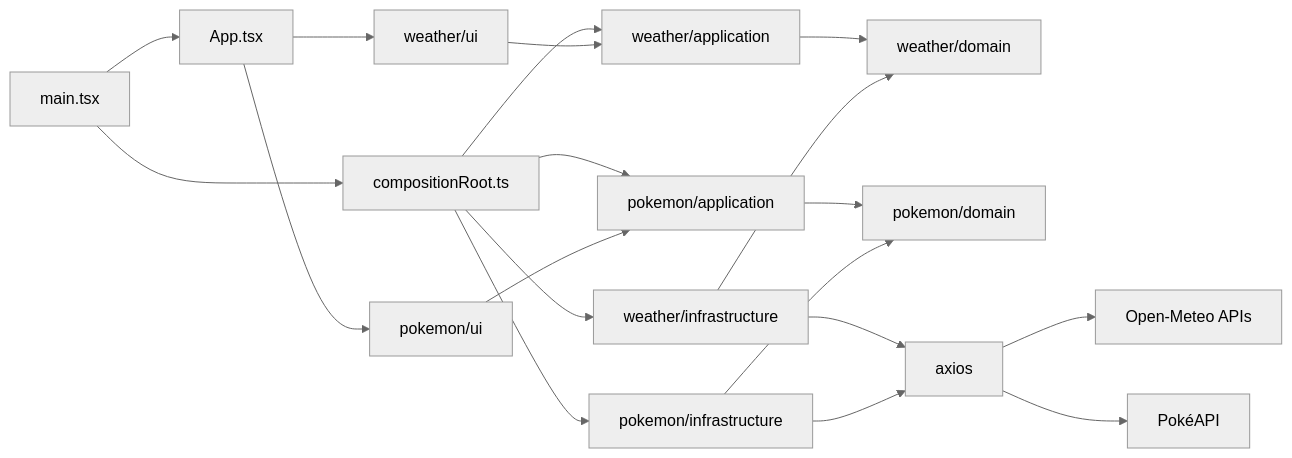
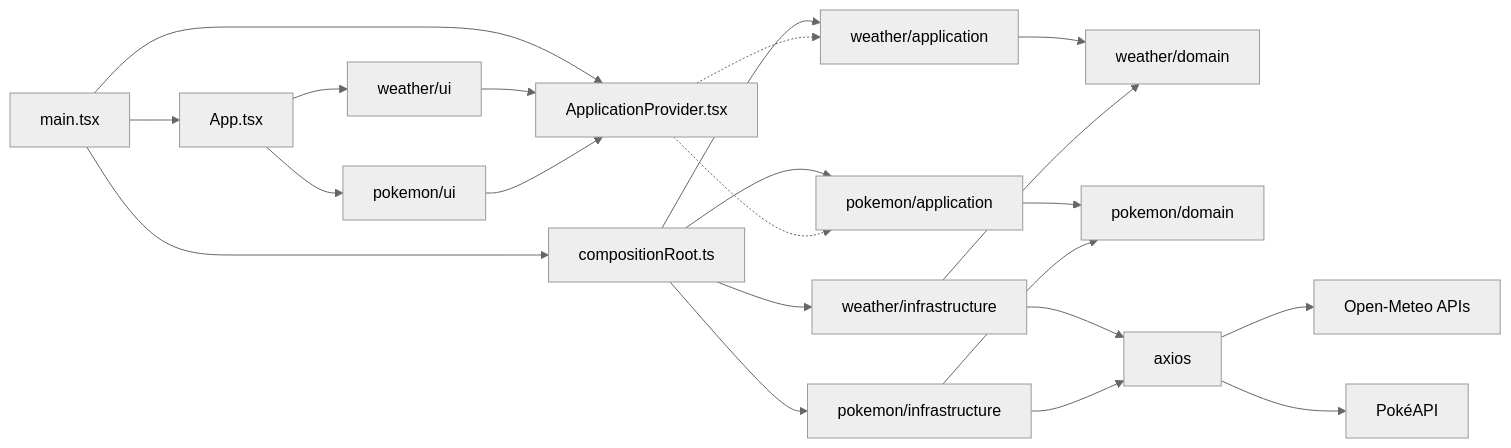
Before and after one commit to Mikode13/slop-lab: the diagram in docs/architecture.md, drawn with Mermaid (neutral theme). The commit also changed other lines of this file and 6 other files, not shown here.

First line of the commit message:
docs: locate ApplicationProvider and restate why ports live in domain

````diff
--- a/docs/architecture.md
+++ b/docs/architecture.md
@@ -24,21 +24,24 @@
 ```mermaid
 flowchart LR
     Main[main.tsx] --> Composition[compositionRoot.ts]
+    Main --> Provider[ApplicationProvider.tsx]
     Main --> App[App.tsx]
     Composition --> WeatherApp[weather/application]
     Composition --> PokemonApp[pokemon/application]
     Composition --> WeatherInfra[weather/infrastructure]
     Composition --> PokemonInfra[pokemon/infrastructure]
     App --> WeatherUI[weather/ui]
     App --> PokemonUI[pokemon/ui]
-    WeatherUI --> WeatherApp
-    PokemonUI --> PokemonApp
+    WeatherUI --> Provider
+    PokemonUI --> Provider
+    Provider -.-> WeatherApp
+    Provider -.-> PokemonApp
     WeatherApp --> WeatherDomain[weather/domain]
     PokemonApp --> PokemonDomain[pokemon/domain]
     WeatherInfra --> WeatherDomain
     PokemonInfra --> PokemonDomain
     WeatherInfra --> Axios[axios]
     PokemonInfra --> Axios
     Axios --> OpenMeteo[Open-Meteo APIs]
     Axios --> PokeAPI[PokéAPI]
 ```
````
